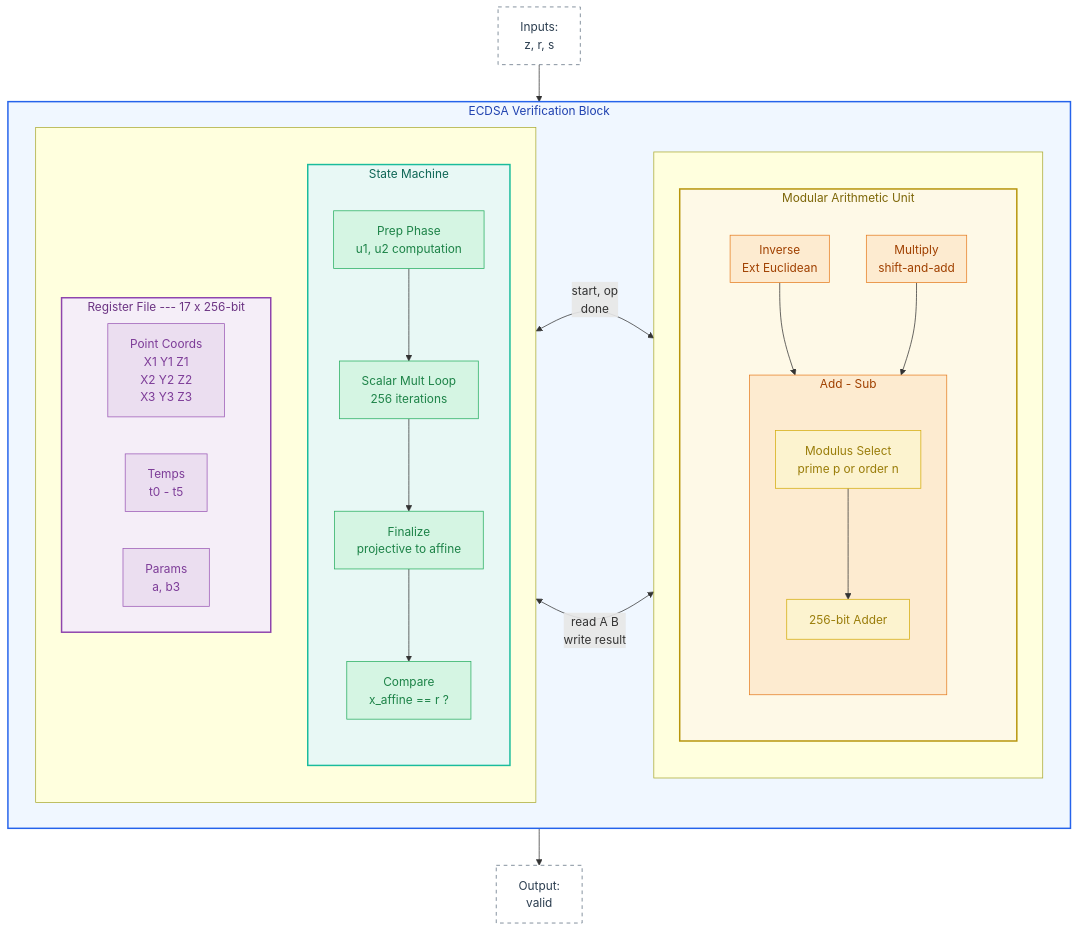
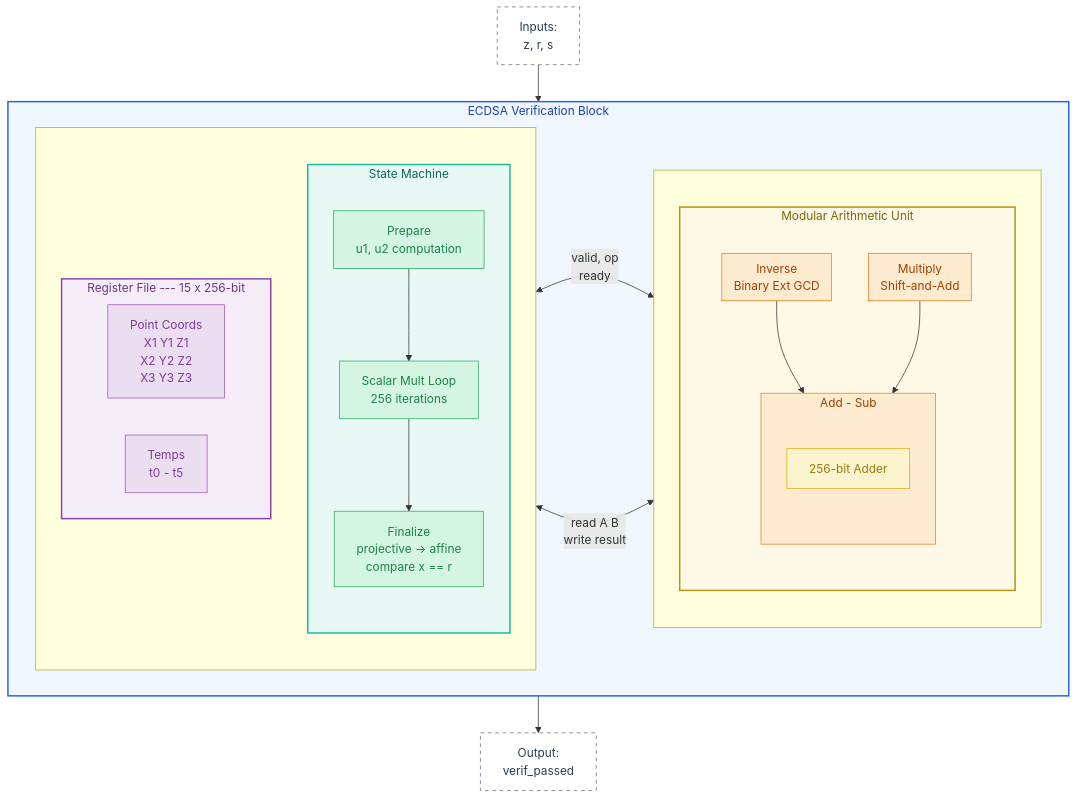
One commit to JamesPetrie/off-switch changed the third of 3 diagrams in README.md. Above: the diagram before and after it, drawn with Mermaid. The commit also changed other lines of this file and 11 other files, not shown here.

````diff
--- a/README.md
+++ b/README.md
@@ -304,81 +317,76 @@
 ```mermaid
 flowchart TB
     subgraph ECDSA["ECDSA Verification Block"]
         direction LR
 
         subgraph left[" "]
             direction TB
 
             subgraph SM["State Machine"]
                 direction TB
-                SM_PREP["Prep Phase<br/>u1, u2 computation"]
+                SM_PREP["Prepare<br/>u1, u2 computation"]
                 SM_LOOP["Scalar Mult Loop<br/>256 iterations"]
-                SM_FIN["Finalize<br/>projective to affine"]
-                SM_CMP["Compare<br/>x_affine == r ?"]
+                SM_FIN["Finalize<br/>projective → affine<br/>compare x == r"]
 
                 SM_PREP --> SM_LOOP
                 SM_LOOP --> SM_FIN
-                SM_FIN --> SM_CMP
             end
 
-            subgraph REGS["Register File --- 17 x 256-bit"]
+            subgraph REGS["Register File --- 15 x 256-bit"]
                 direction LR
                 R_PT["Point Coords<br/>X1 Y1 Z1<br/>X2 Y2 Z2<br/>X3 Y3 Z3"]
                 R_TMP["Temps<br/>t0 - t5"]
-                R_PRM["Params<br/>a, b3"]
             end
         end
 
         subgraph right[" "]
             direction TB
 
             subgraph ARITH["Modular Arithmetic Unit"]
                 direction TB
 
-                subgraph INV["Inverse<br/>Ext Euclidean"]
+                subgraph INV["Inverse<br/>Binary Ext GCD"]
                     direction TB
                 end
 
-                subgraph MUL["Multiply<br/>shift-and-add"]
+                subgraph MUL["Multiply<br/>Shift-and-Add"]
                     direction TB
                 end
 
                 subgraph ADDSUB["Add - Sub"]
                     direction TB
-                    MOD["Modulus Select<br/>prime p or order n"]
                     ADD256["256-bit Adder"]
-                    MOD --> ADD256
                 end
 
                 INV --> ADDSUB
                 MUL --> ADDSUB
             end
         end
 
-        SM <-->|"start, op<br/>done"| ARITH
+        SM <-->|"valid, op<br/>ready"| ARITH
         REGS <-->|"read A B<br/>write result"| ARITH
     end
 
     EXT_IN["Inputs:<br/>z, r, s"] --> ECDSA
-    ECDSA --> EXT_OUT["Output:<br/>valid"]
+    ECDSA --> EXT_OUT["Output:<br/>verif_passed"]
 
     classDef outer fill:#f0f7ff,stroke:#2563eb,stroke-width:2px,color:#1e40af
     classDef arithbox fill:#fef9e7,stroke:#b7950b,stroke-width:2px,color:#7d6608
     classDef smbox fill:#e8f8f5,stroke:#1abc9c,stroke-width:2px,color:#0e6655
     classDef smnode fill:#d5f5e3,stroke:#27ae60,stroke-width:1px,color:#1d8348
     classDef regsbox fill:#f5eef8,stroke:#8e44ad,stroke-width:2px,color:#6c3483
     classDef regsnode fill:#ebdef0,stroke:#9b59b6,stroke-width:1px,color:#7d3c98
     classDef subunit fill:#fdebd0,stroke:#e67e22,stroke-width:1px,color:#a04000
     classDef sharedbox fill:#fcf3cf,stroke:#d4ac0d,stroke-width:1px,color:#9a7d0a
     classDef external fill:#ffffff,stroke:#5d6d7e,stroke-width:1px,stroke-dasharray: 5 5,color:#2c3e50
 
     class ECDSA outer
     class ARITH arithbox
     class SM smbox
-    class SM_PREP,SM_LOOP,SM_FIN,SM_CMP smnode
+    class SM_PREP,SM_LOOP,SM_FIN smnode
     class REGS regsbox
     class R_PT,R_TMP,R_PRM regsnode
     class INV,MUL,ADDSUB subunit
-    class shared,MOD,ADD256 sharedbox
+    class shared,ADD256 sharedbox
     class EXT_IN,EXT_OUT external
 ```
````
